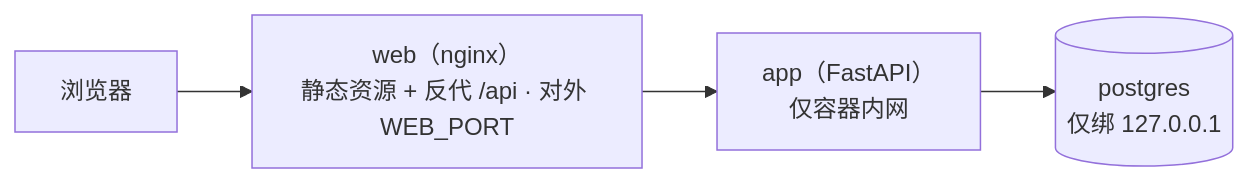
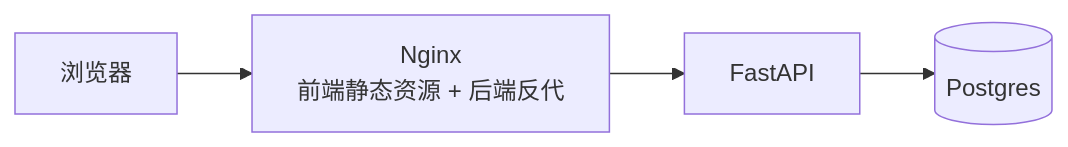
One commit to xvrzhao/who-is-spy changed the second of 2 diagrams in README.md. Above: the diagram before and after it, drawn with Mermaid. The commit also changed other lines of this file and 3 other files, not shown here.

````diff
--- a/README.md
+++ b/README.md
@@ -36,4 +49,4 @@
 ```mermaid
 flowchart LR
-    b["浏览器"] --> web["web（nginx）<br/>静态资源 + 反代 /api · 对外 WEB_PORT"] --> app["app（FastAPI）<br/>仅容器内网"] --> db[("postgres<br/>仅绑 127.0.0.1")]
+    b["浏览器"] --> web["Nginx<br/>前端静态资源 + 后端反代"] --> app["FastAPI"] --> db[("Postgres")]
 ```
````
